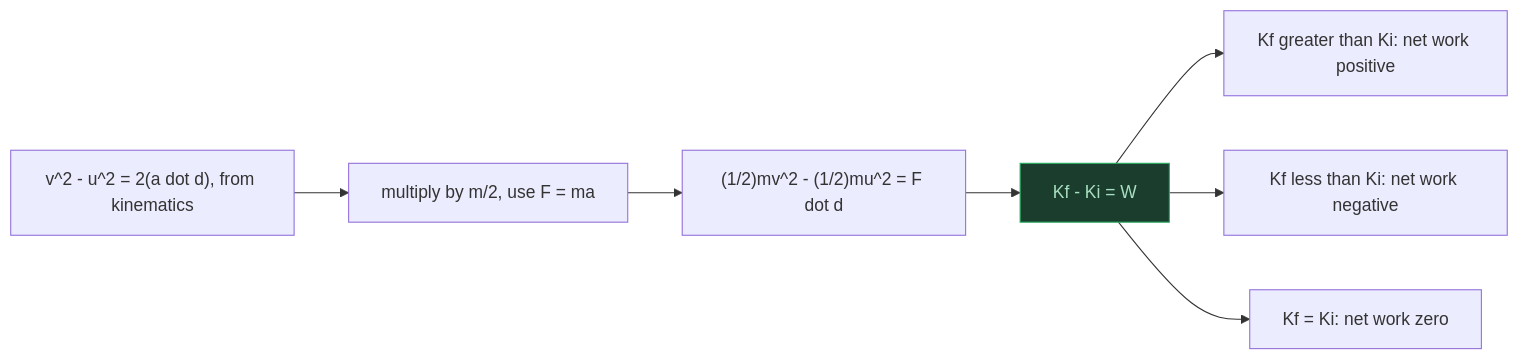
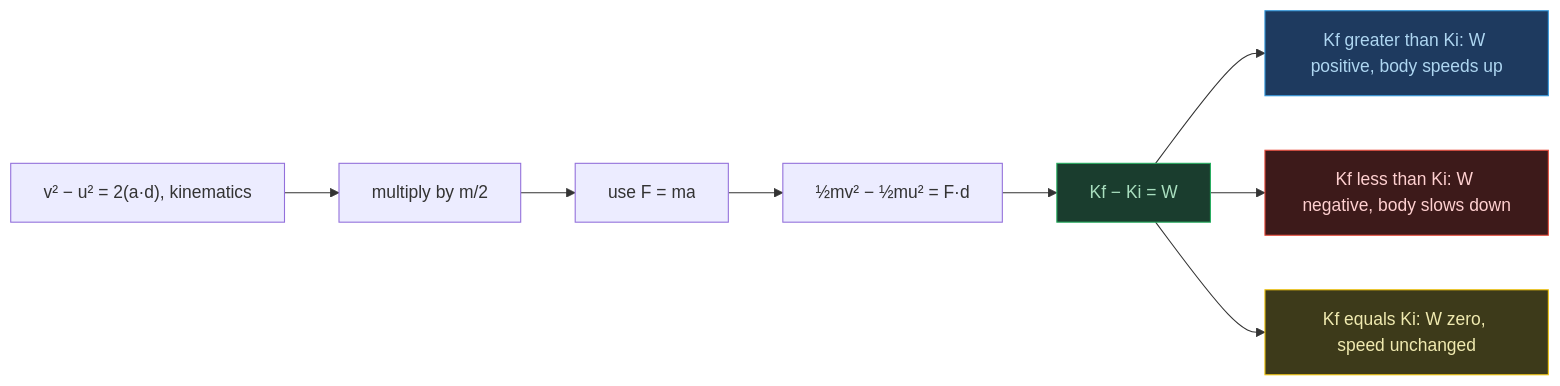
Before and after one commit to fsr-science/NCERT-Science: the second of 9 diagrams in AI-NOTES/PHYSICS/PHYSICS05-WORK_ENERGY_AND_POWER/PHYSICS05-WORK_ENERGY_AND_POWER-NOTES.md, drawn with Mermaid. The commit also changed other lines of this file, not shown here.

````diff
--- a/AI-NOTES/PHYSICS/PHYSICS05-WORK_ENERGY_AND_POWER/PHYSICS05-WORK_ENERGY_AND_POWER-NOTES.md
+++ b/AI-NOTES/PHYSICS/PHYSICS05-WORK_ENERGY_AND_POWER/PHYSICS05-WORK_ENERGY_AND_POWER-NOTES.md
@@ -34,11 +383,15 @@
 ```mermaid
 flowchart LR
-    A["v^2 - u^2 = 2(a dot d), from kinematics"] --> B["multiply by m/2, use F = ma"]
-    B --> C["(1/2)mv^2 - (1/2)mu^2 = F dot d"]
-    C --> D["Kf - Ki = W"]
-    D --> E1["Kf greater than Ki: net work positive"]
-    D --> E2["Kf less than Ki: net work negative"]
-    D --> E3["Kf = Ki: net work zero"]
+    A["v² − u² = 2(a·d), kinematics"] --> B["multiply by m/2"]
+    B --> C["use F = ma"]
+    C --> D["½mv² − ½mu² = F·d"]
+    D --> E["Kf − Ki = W"]
+    E --> F1["Kf greater than Ki: W positive, body speeds up"]
+    E --> F2["Kf less than Ki: W negative, body slows down"]
+    E --> F3["Kf equals Ki: W zero, speed unchanged"]
 
-    style D fill:#1a3d2e,color:#a9dfbf,stroke:#27ae60
+    style E fill:#1a3d2e,color:#a9dfbf,stroke:#27ae60
+    style F1 fill:#1e3a5f,color:#aed6f1,stroke:#3498db
+    style F2 fill:#3d1a1a,color:#ffd0d0,stroke:#e74c3c
+    style F3 fill:#3d3a1a,color:#f0eab0,stroke:#f1c40f
 ```
````
